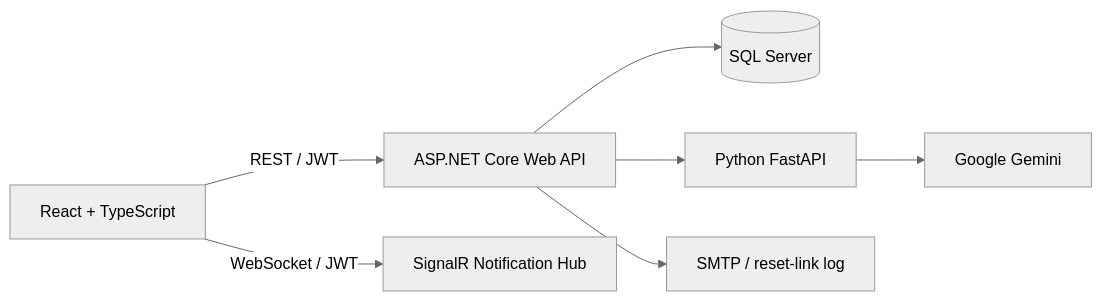
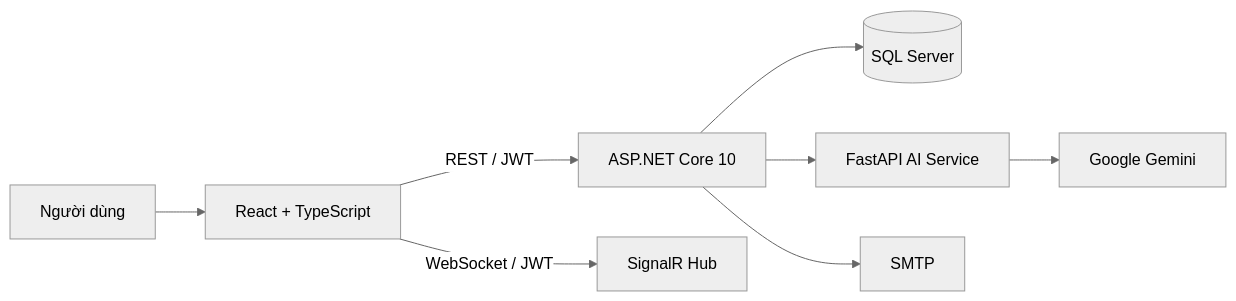
Before and after one commit to tuanPeo27/MoneyMind_AI: the diagram in README.md, drawn with Mermaid (neutral theme). The commit also changed other lines of this file and 1 other file, not shown here.

````diff
--- a/README.md
+++ b/README.md
@@ -46,9 +72,10 @@
 ```mermaid
 flowchart LR
-    Browser[React + TypeScript] -->|REST / JWT| API[ASP.NET Core Web API]
-    Browser -->|WebSocket / JWT| Hub[SignalR Notification Hub]
+    U[Người dùng] --> FE[React + TypeScript]
+    FE -->|REST / JWT| API[ASP.NET Core 10]
+    FE -->|WebSocket / JWT| HUB[SignalR Hub]
     API --> DB[(SQL Server)]
-    API --> AI[Python FastAPI]
-    AI --> Gemini[Google Gemini]
-    API --> Mail[SMTP / reset-link log]
+    API --> AI[FastAPI AI Service]
+    AI --> GEMINI[Google Gemini]
+    API --> SMTP[SMTP]
 ```
````
